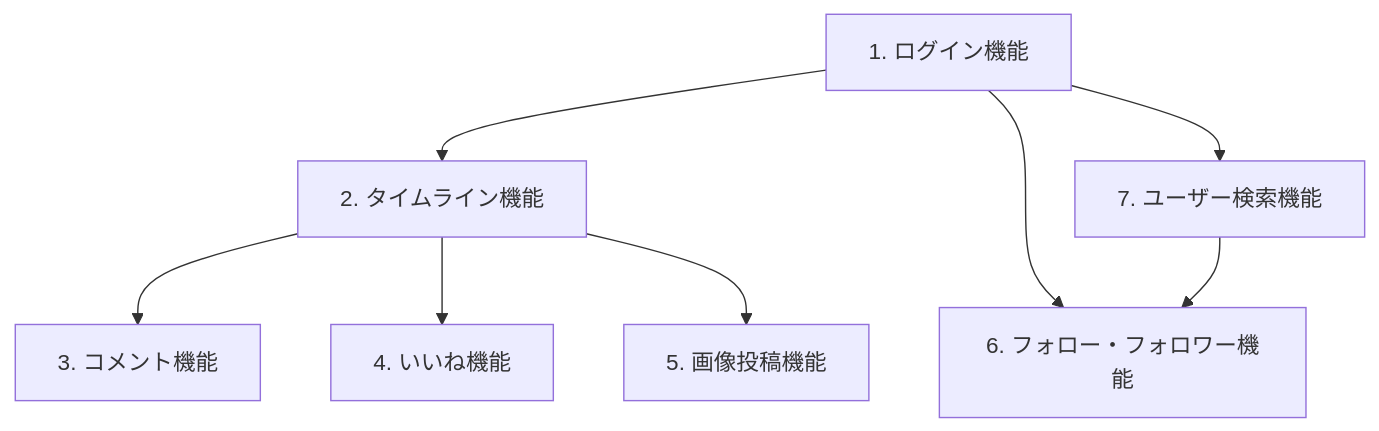
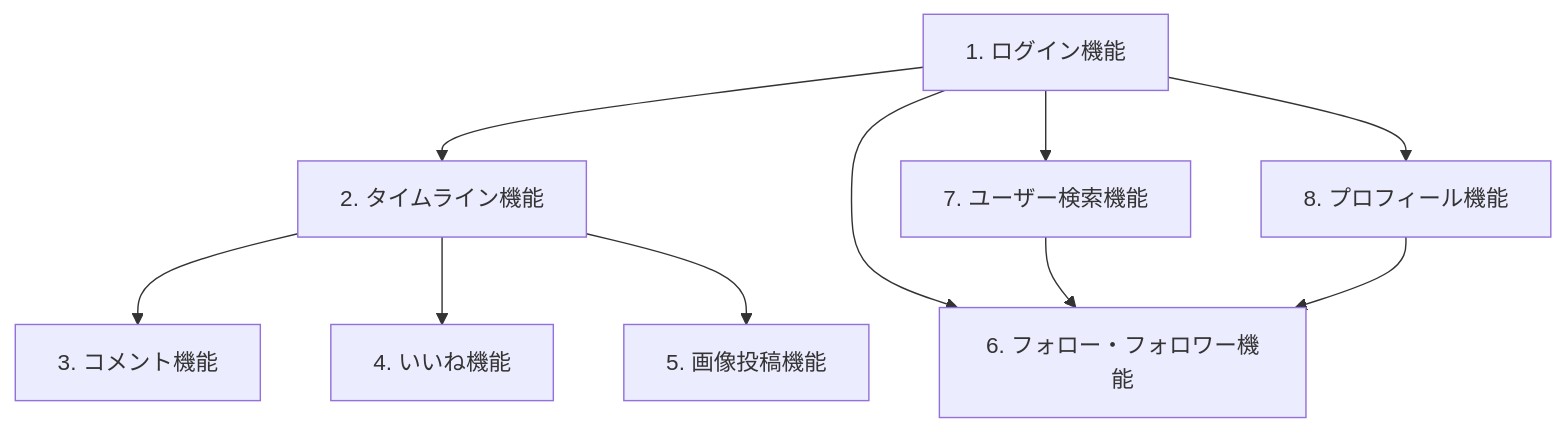
The diagram in docs/features.md (akki-secure/RaiseTimeLine), drawn with Mermaid before and after one commit. The commit also changed other lines of this file and 2 other files, not shown here.

Commit message:
プロフィール機能の要件定義書を追加
アイコン・表示名・自己紹介の閲覧/編集の仕様を08_profile.mdとして新規作成し、機能一覧と画面設計にプロフィール編集画面を反映した。

````diff
--- a/docs/features.md
+++ b/docs/features.md
@@ -19,10 +20,12 @@
 ```mermaid
 flowchart TD
   Login[1. ログイン機能] --> Timeline[2. タイムライン機能]
   Timeline --> Comment[3. コメント機能]
   Timeline --> Like[4. いいね機能]
   Timeline --> ImagePost[5. 画像投稿機能]
   Login --> Follow[6. フォロー・フォロワー機能]
   Login --> Search[7. ユーザー検索機能]
   Search --> Follow
+  Login --> Profile[8. プロフィール機能]
+  Profile --> Follow
 ```
````
